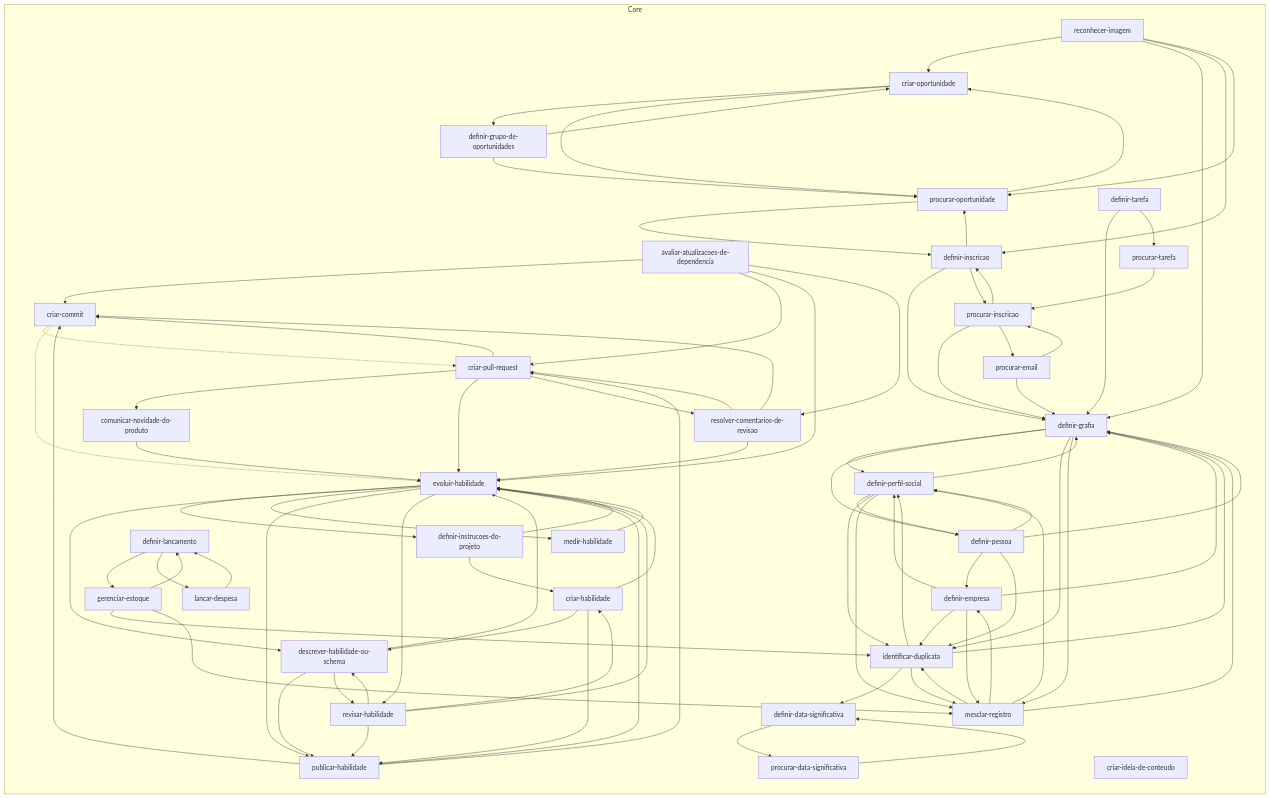
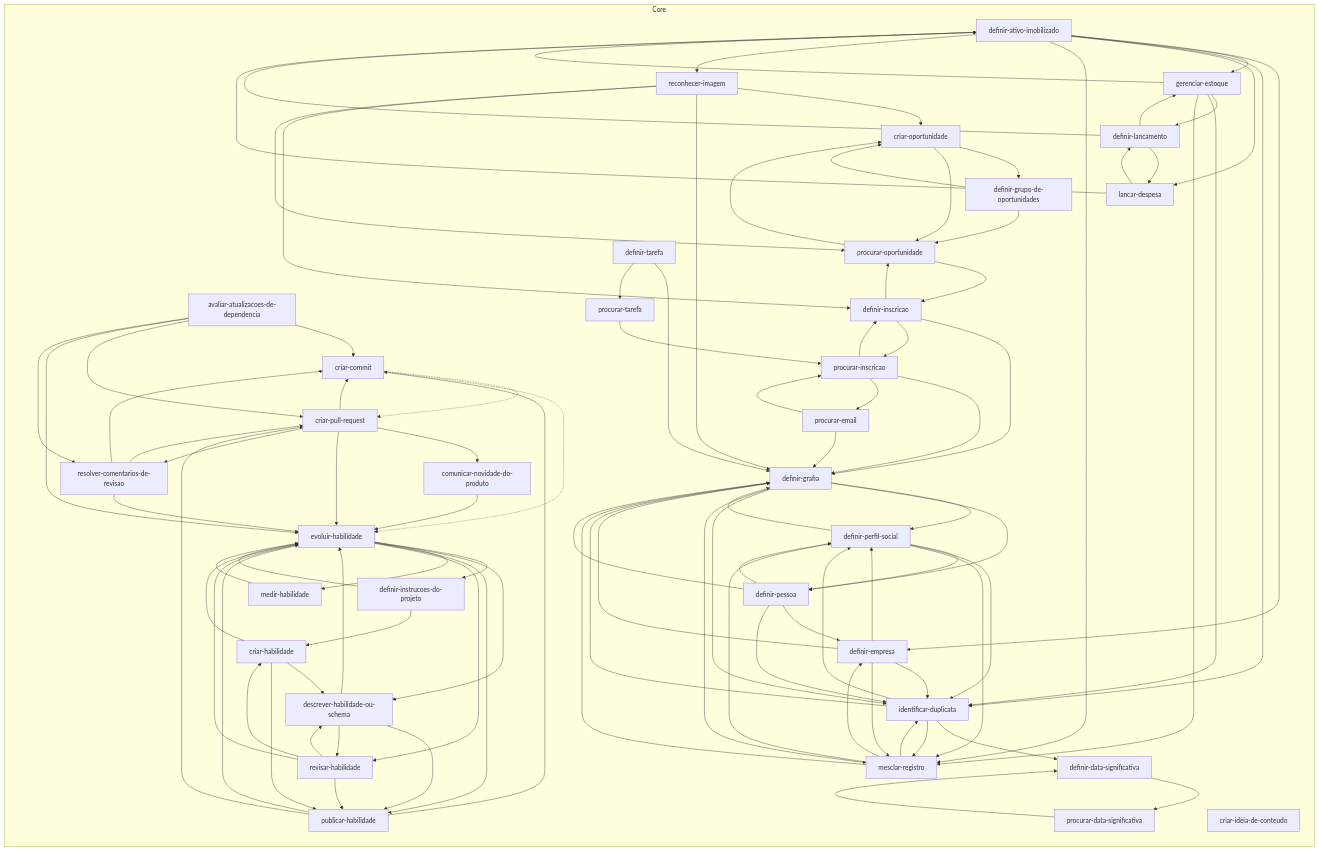
Before and after one commit to jimmyandrade/harness: the diagram in .agents/skills/README.md, drawn with Mermaid. The commit also changed 17 other files, not shown here.

First line of the commit message:
feat(definir-ativo-imobilizado): move the skill to the core

```diff
--- a/.agents/skills/README.md
+++ b/.agents/skills/README.md
@@ -18,6 +18,7 @@
     criar_ideia_de_conteudo["criar-ideia-de-conteudo"]
     criar_oportunidade["criar-oportunidade"]
     criar_pull_request["criar-pull-request"]
+    definir_ativo_imobilizado["definir-ativo-imobilizado"]
     definir_data_significativa["definir-data-significativa"]
     definir_empresa["definir-empresa"]
     definir_grafia["definir-grafia"]
@@ -61,6 +62,12 @@
   criar_pull_request --> criar_commit
   criar_pull_request --> evoluir_habilidade
   criar_pull_request --> resolver_comentarios_de_revisao
+  definir_ativo_imobilizado --> definir_empresa
+  definir_ativo_imobilizado --> gerenciar_estoque
+  definir_ativo_imobilizado --> identificar_duplicata
+  definir_ativo_imobilizado --> lancar_despesa
+  definir_ativo_imobilizado --> mesclar_registro
+  definir_ativo_imobilizado --> reconhecer_imagem
   definir_data_significativa --> procurar_data_significativa
   definir_empresa --> definir_grafia
   definir_empresa --> definir_perfil_social
@@ -77,6 +84,7 @@
   definir_inscricao --> procurar_oportunidade
   definir_instrucoes_do_projeto --> criar_habilidade
   definir_instrucoes_do_projeto --> evoluir_habilidade
+  definir_lancamento --> definir_ativo_imobilizado
   definir_lancamento --> gerenciar_estoque
   definir_lancamento --> lancar_despesa
   definir_perfil_social --> definir_grafia
@@ -97,6 +105,7 @@
   evoluir_habilidade --> medir_habilidade
   evoluir_habilidade --> publicar_habilidade
   evoluir_habilidade --> revisar_habilidade
+  gerenciar_estoque --> definir_ativo_imobilizado
   gerenciar_estoque --> definir_lancamento
   gerenciar_estoque --> identificar_duplicata
   gerenciar_estoque --> mesclar_registro
@@ -104,6 +113,7 @@
   identificar_duplicata --> definir_grafia
   identificar_duplicata --> definir_perfil_social
   identificar_duplicata --> mesclar_registro
+  lancar_despesa --> definir_ativo_imobilizado
   lancar_despesa --> definir_lancamento
   medir_habilidade --> evoluir_habilidade
   mesclar_registro --> definir_empresa
```
